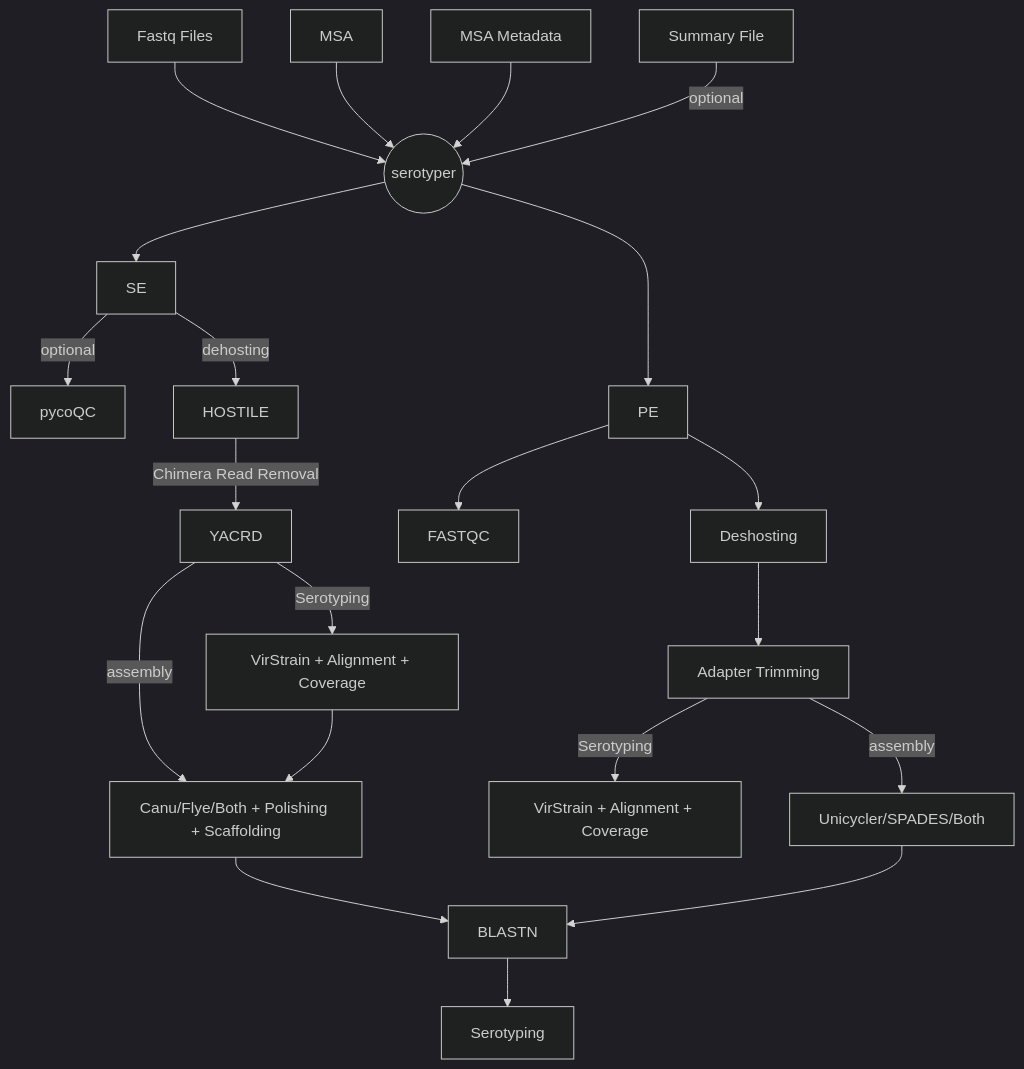
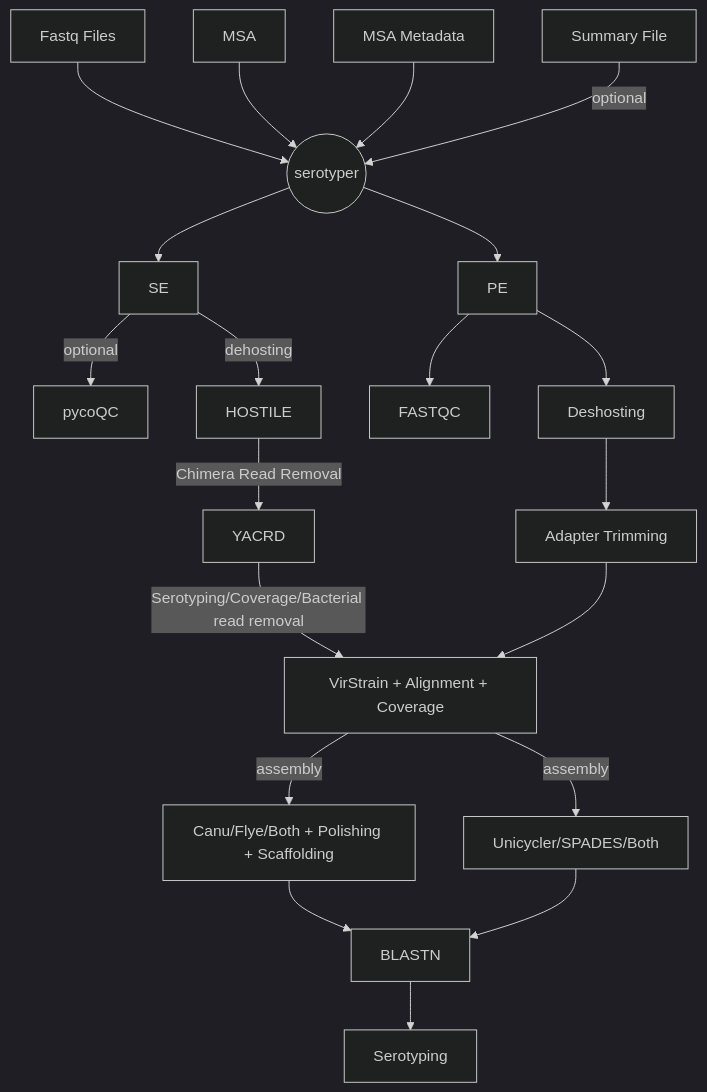
The diagram in README.md (Rohit-Satyam/serotyper), drawn with Mermaid (dark theme) before and after one commit. The commit also changed other lines of this file, not shown here.

````diff
--- a/README.md
+++ b/README.md
@@ -10,21 +10,20 @@
 ```mermaid
 graph TB
 A[Fastq Files]  --> B((HiCFlow))
 C[MSA]  --> B((serotyper))
 D[MSA Metadata]  --> B((serotyper))
 E[Summary File] -- optional  --> B((serotyper))
 B --> F[SE]
 
 
 F -- optional --> G[pycoQC]
-F -- dehosting --> H[HOSTILE] -- Chimera Read Removal--> I[YACRD] -- Serotyping --> J[VirStrain + Alignment + Coverage]
-I -- assembly --> K[Canu/Flye/Both + Polishing + Scaffolding]
-J --> K
+F -- dehosting --> H[HOSTILE] -- Chimera Read Removal--> I[YACRD] -- Serotyping/Coverage/Bacterial read removal --> J[VirStrain + Alignment + Coverage] -- assembly --> K[Canu/Flye/Both + Polishing + Scaffolding]
+
 K --> BLASTN --> Serotyping
 
 B --> L[PE]
 
 L --> FASTQC
-L --> Deshosting --> N[Adapter Trimming] -- Serotyping --> M[VirStrain + Alignment + Coverage] 
-N -- assembly --> P[Unicycler/SPADES/Both] --> BLASTN 
+L --> Deshosting --> N[Adapter Trimming] --> J
+J -- assembly --> P[Unicycler/SPADES/Both] --> BLASTN 
 ```
````
